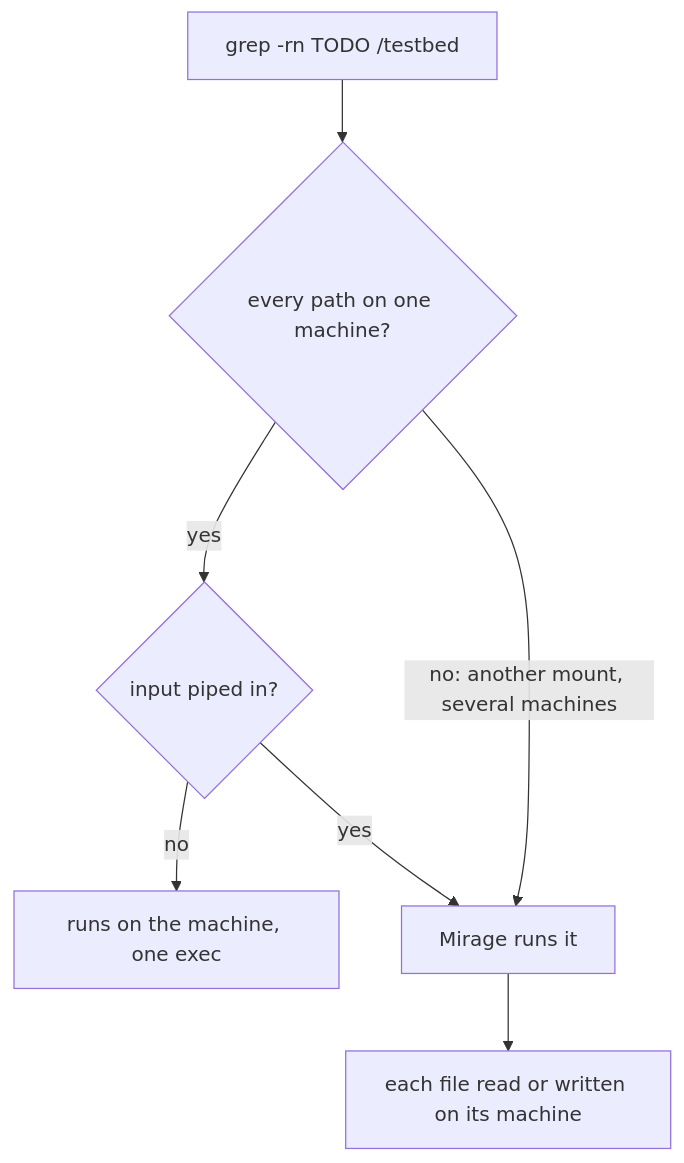
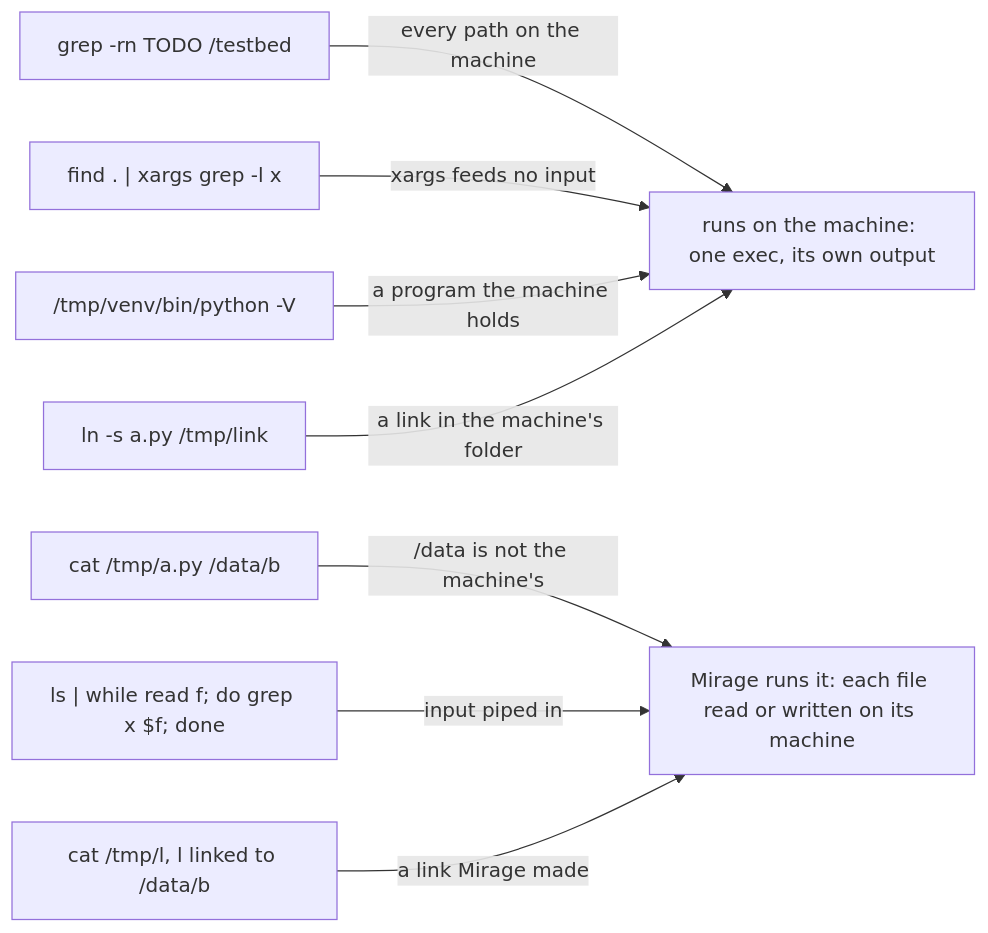
Before and after one commit to strukto-ai/mirage: the first of 2 diagrams in docs/home/setup/machine/local.mdx, drawn with Mermaid. The commit also changed other lines of this file and 16 other files, not shown here.

Commit message:
fix(machine): admit before asking machines, list under another machine's file, keep a folder a failed mv would replace, stage under a short name; docs show example commands

````diff
--- a/docs/home/setup/machine/local.mdx
+++ b/docs/home/setup/machine/local.mdx
@@ -102,9 +104,12 @@
 ```mermaid
-flowchart TD
-    C["grep -rn TODO /testbed"] --> Q{"every path on one machine?"}
-    Q -- yes --> K{"input piped in?"}
-    K -- no --> R["runs on the machine, one exec"]
-    K -- yes --> M["Mirage runs it"]
-    Q -- "no: another mount, several machines" --> M
-    M --> F["each file read or written on its machine"]
+flowchart LR
+    G["grep -rn TODO /testbed"] -- "every path on the machine" --> R
+    X["find . | xargs grep -l x"] -- "xargs feeds no input" --> R
+    V["/tmp/venv/bin/python -V"] -- "a program the machine holds" --> R
+    L["ln -s a.py /tmp/link"] -- "a link in the machine's folder" --> R
+    C["cat /tmp/a.py /data/b"] -- "/data is not the machine's" --> M
+    P["ls | while read f; do grep x $f; done"] -- "input piped in" --> M
+    D["cat /tmp/l, l linked to /data/b"] -- "a link Mirage made" --> M
+    R["runs on the machine: one exec, its own output"]
+    M["Mirage runs it: each file read or written on its machine"]
 ```
````
